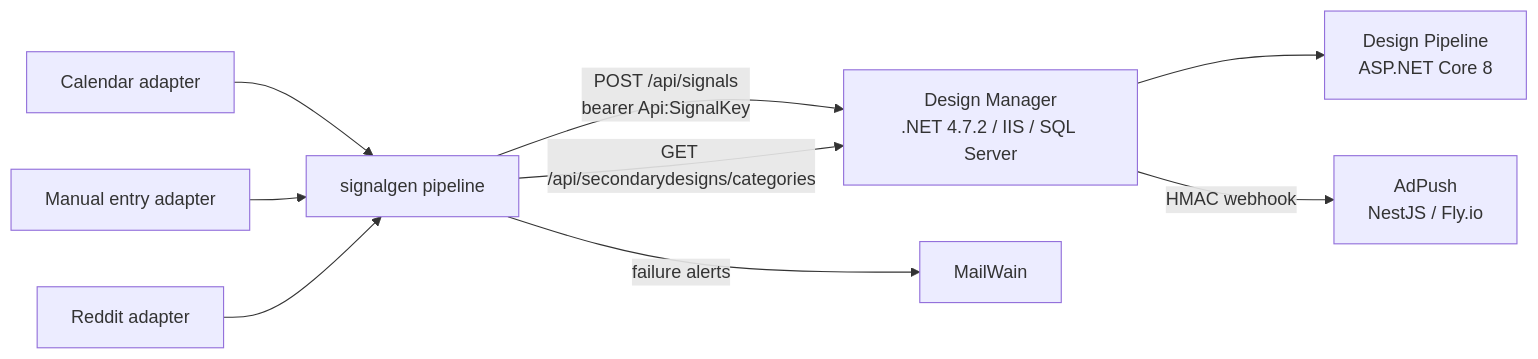
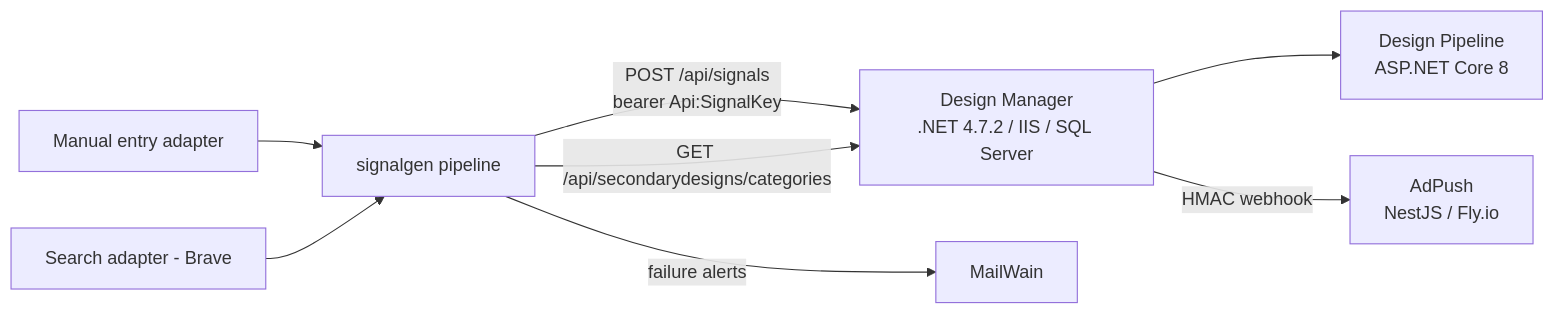
Before and after one commit to kandusm/signal-gen: the first of 2 diagrams in docs/architecture-spec.md, drawn with Mermaid. The commit also changed other lines of this file and 4 other files, not shown here.

First line of the commit message:
docs: adopt revised architecture spec, build plan and Phase 0 brief

````diff
--- a/docs/architecture-spec.md
+++ b/docs/architecture-spec.md
@@ -31,11 +30,10 @@
 ```mermaid
 flowchart LR
-    CAL[Calendar adapter] --> PIPE[signalgen pipeline]
-    MAN[Manual entry adapter] --> PIPE
-    RED[Reddit adapter] --> PIPE
+    MAN[Manual entry adapter] --> PIPE[signalgen pipeline]
+    SRCH[Search adapter - Brave] --> PIPE
     PIPE -->|POST /api/signals\nbearer Api:SignalKey| DM[Design Manager\n.NET 4.7.2 / IIS / SQL Server]
     PIPE -->|GET /api/secondarydesigns/categories| DM
     DM --> DP[Design Pipeline\nASP.NET Core 8]
     DM -->|HMAC webhook| AP[AdPush\nNestJS / Fly.io]
     PIPE -->|failure alerts| MW[MailWain]
 ```
````
